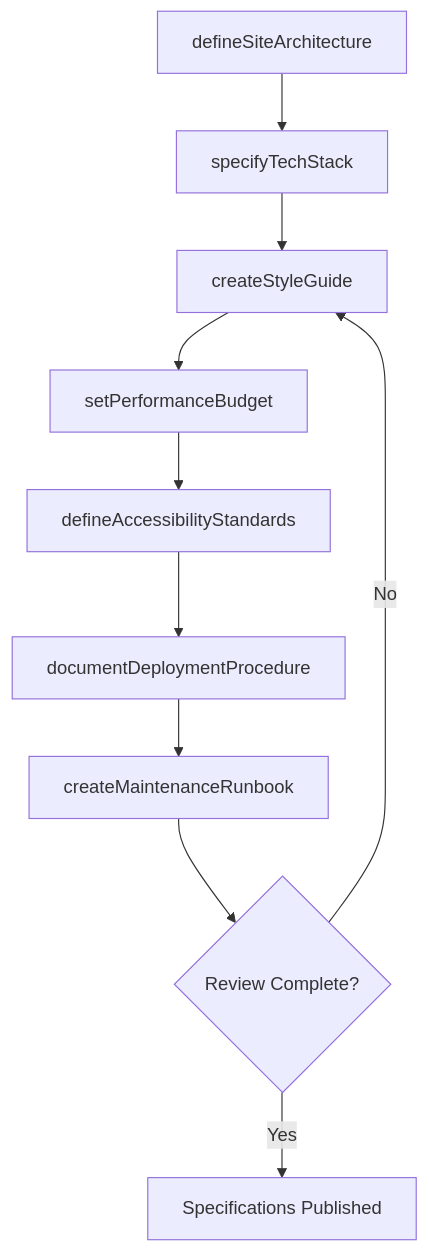
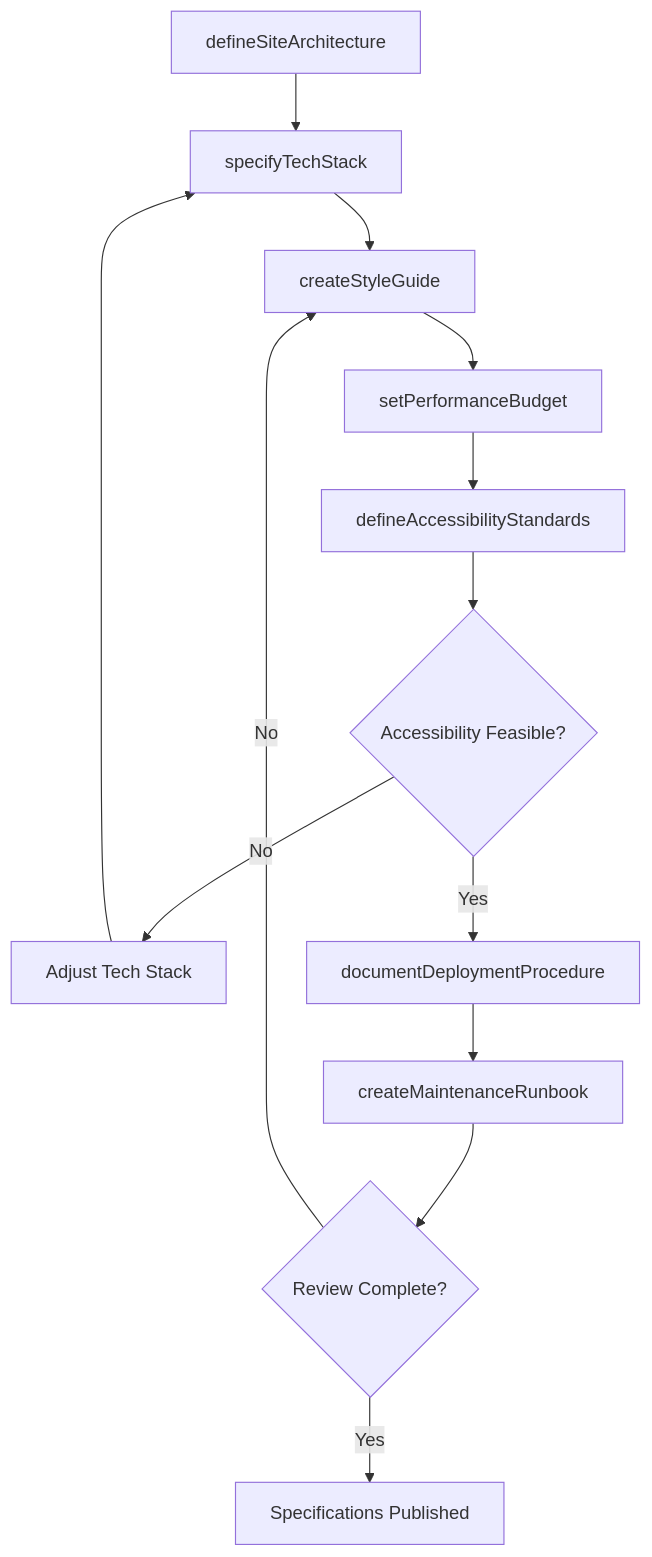
Before and after one commit to dot-org-ai/tasks.org.ai: the third of 4 diagrams in ThinkingCreatively/DevelopTechnicalSpecificationsForProductsOrOperations/DevelopSpecificationsProceduresWebsiteDevelopment.mdx, drawn with Mermaid. The commit also changed other lines of this file and 71 other files, not shown here.

Commit message:
feat: Add ER diagrams, state diagrams to 72 more DWA task files (wave 2 continued)

````diff
--- a/ThinkingCreatively/DevelopTechnicalSpecificationsForProductsOrOperations/DevelopSpecificationsProceduresWebsiteDevelopment.mdx
+++ b/ThinkingCreatively/DevelopTechnicalSpecificationsForProductsOrOperations/DevelopSpecificationsProceduresWebsiteDevelopment.mdx
@@ -89,12 +117,15 @@
 ```mermaid
 graph TD
     A[defineSiteArchitecture] --> B[specifyTechStack]
     B --> C[createStyleGuide]
     C --> D[setPerformanceBudget]
     D --> E[defineAccessibilityStandards]
-    E --> F[documentDeploymentProcedure]
-    F --> G[createMaintenanceRunbook]
-    G --> H{Review Complete?}
-    H -->|No| C
-    H -->|Yes| I[Specifications Published]
+    E --> F{Accessibility Feasible?}
+    F -->|No| G[Adjust Tech Stack]
+    G --> B
+    F -->|Yes| H[documentDeploymentProcedure]
+    H --> I[createMaintenanceRunbook]
+    I --> J{Review Complete?}
+    J -->|No| C
+    J -->|Yes| K[Specifications Published]
 ```
````
